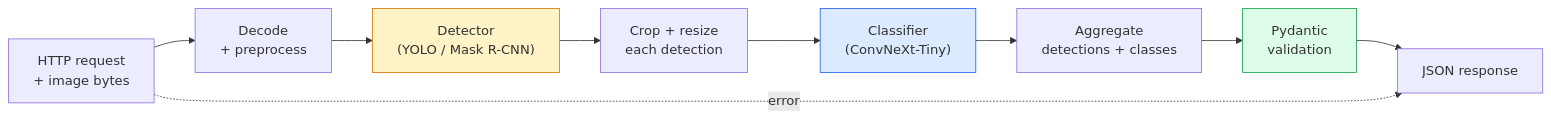
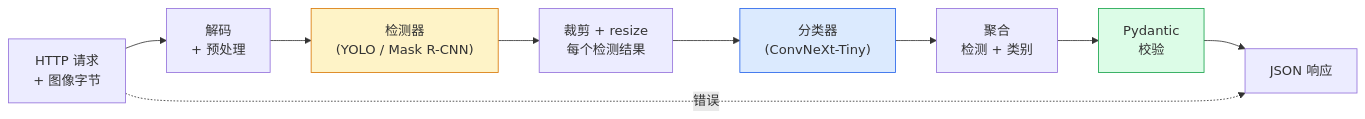
One commit to alessandrodinisio-ai/ai-engineering-learning-framework changed the diagram in phases/04-computer-vision/16-vision-pipeline-capstone/docs/en.md. Above: the diagram before and after it, drawn with Mermaid. The commit also changed other lines of this file and 443 other files, not shown here.

First line of the commit message:
feat(zh): 完成 435 节课程文档 + README/ROADMAP/术语表 + 网站 UI 全量中文化

````diff
--- a/phases/04-computer-vision/16-vision-pipeline-capstone/docs/en.md
+++ b/phases/04-computer-vision/16-vision-pipeline-capstone/docs/en.md
@@ -29,16 +29,16 @@
 ```mermaid
 flowchart LR
-    REQ["HTTP request<br/>+ image bytes"] --> LOAD["Decode<br/>+ preprocess"]
-    LOAD --> DET["Detector<br/>(YOLO / Mask R-CNN)"]
-    DET --> CROP["Crop + resize<br/>each detection"]
-    CROP --> CLS["Classifier<br/>(ConvNeXt-Tiny)"]
-    CLS --> AGG["Aggregate<br/>detections + classes"]
-    AGG --> SCHEMA["Pydantic<br/>validation"]
-    SCHEMA --> RESP["JSON response"]
+    REQ["HTTP 请求<br/>+ 图像字节"] --> LOAD["解码<br/>+ 预处理"]
+    LOAD --> DET["检测器<br/>(YOLO / Mask R-CNN)"]
+    DET --> CROP["裁剪 + resize<br/>每个检测结果"]
+    CROP --> CLS["分类器<br/>(ConvNeXt-Tiny)"]
+    CLS --> AGG["聚合<br/>检测 + 类别"]
+    AGG --> SCHEMA["Pydantic<br/>校验"]
+    SCHEMA --> RESP["JSON 响应"]
 
-    REQ -.->|error| RESP
+    REQ -.->|错误| RESP
 
     style DET fill:#fef3c7,stroke:#d97706
     style CLS fill:#dbeafe,stroke:#2563eb
     style SCHEMA fill:#dcfce7,stroke:#16a34a
 ```
````
